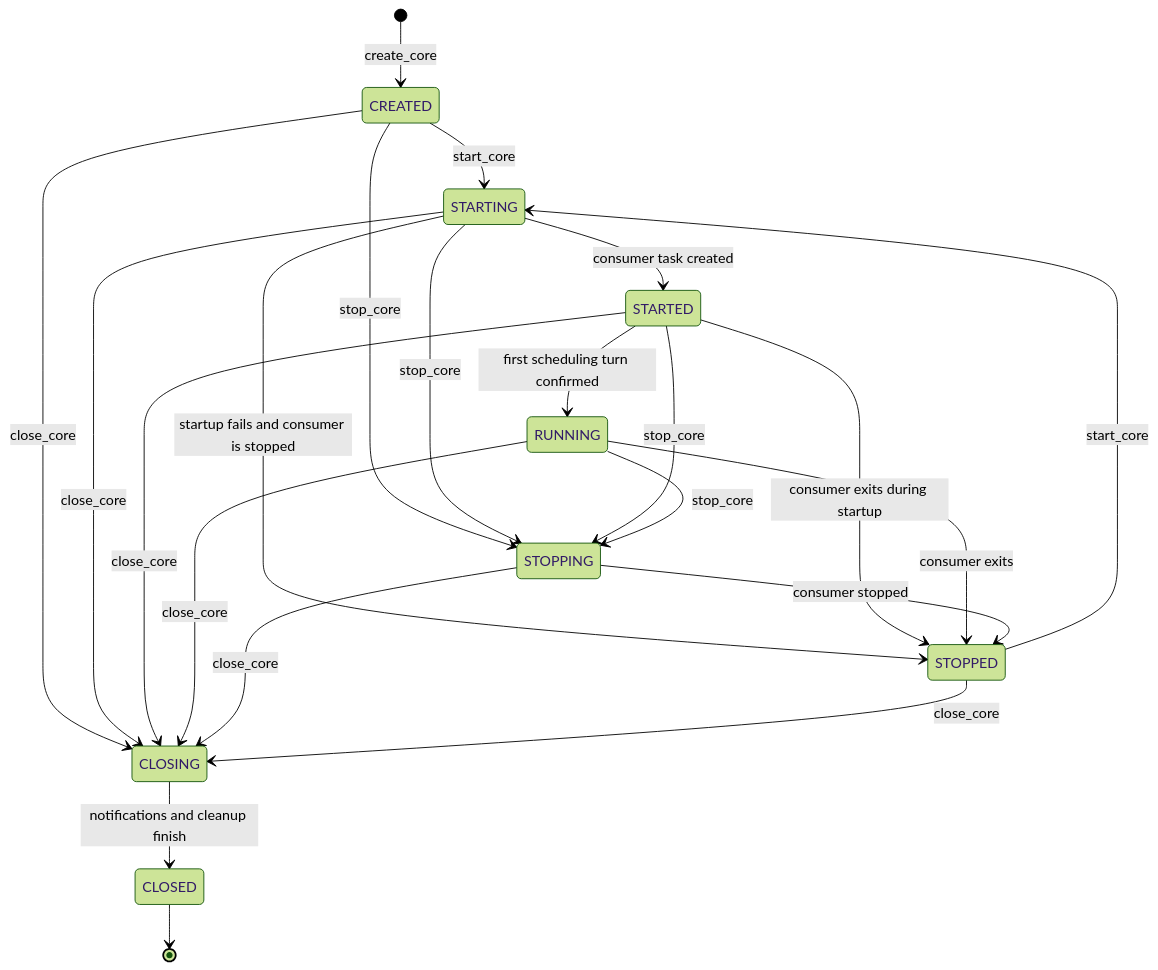
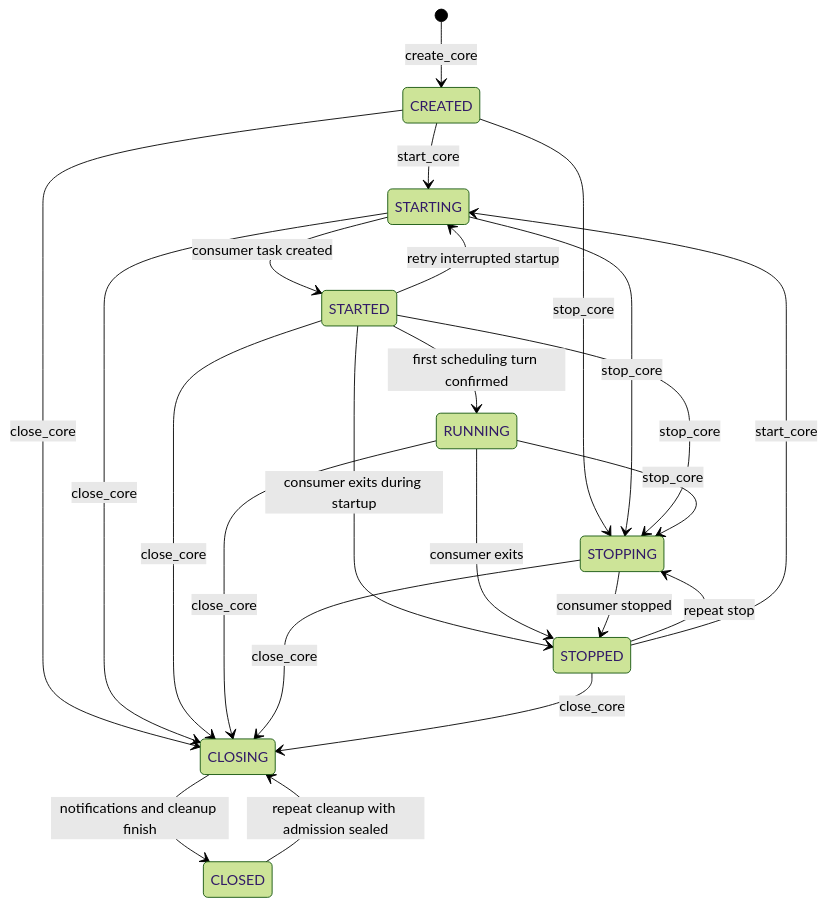
Before and after one commit to JJJJSTIYYYY/apixis: the diagram in docs/core/runtime-lifecycle.md, drawn with Mermaid (forest theme). The commit also changed other lines of this file and 73 other files, not shown here.

````diff
--- a/docs/core/runtime-lifecycle.md
+++ b/docs/core/runtime-lifecycle.md
@@ -23,24 +25,25 @@
 ```mermaid
 stateDiagram-v2
     [*] --> CREATED: create_core
     CREATED --> STARTING: start_core
     CREATED --> STOPPING: stop_core
     STARTING --> STARTED: consumer task created
     STARTED --> RUNNING: first scheduling turn confirmed
-    STARTING --> STOPPED: startup fails and consumer is stopped
+    STARTED --> STARTING: retry interrupted startup
     STARTING --> STOPPING: stop_core
     STARTED --> STOPPING: stop_core
     STARTED --> STOPPED: consumer exits during startup
     RUNNING --> STOPPING: stop_core
     RUNNING --> STOPPED: consumer exits
     STOPPING --> STOPPED: consumer stopped
+    STOPPED --> STOPPING: repeat stop
     STOPPED --> STARTING: start_core
     CREATED --> CLOSING: close_core
     STARTING --> CLOSING: close_core
     STARTED --> CLOSING: close_core
     RUNNING --> CLOSING: close_core
     STOPPING --> CLOSING: close_core
     STOPPED --> CLOSING: close_core
     CLOSING --> CLOSED: notifications and cleanup finish
-    CLOSED --> [*]
+    CLOSED --> CLOSING: repeat cleanup with admission sealed
 ```
````
